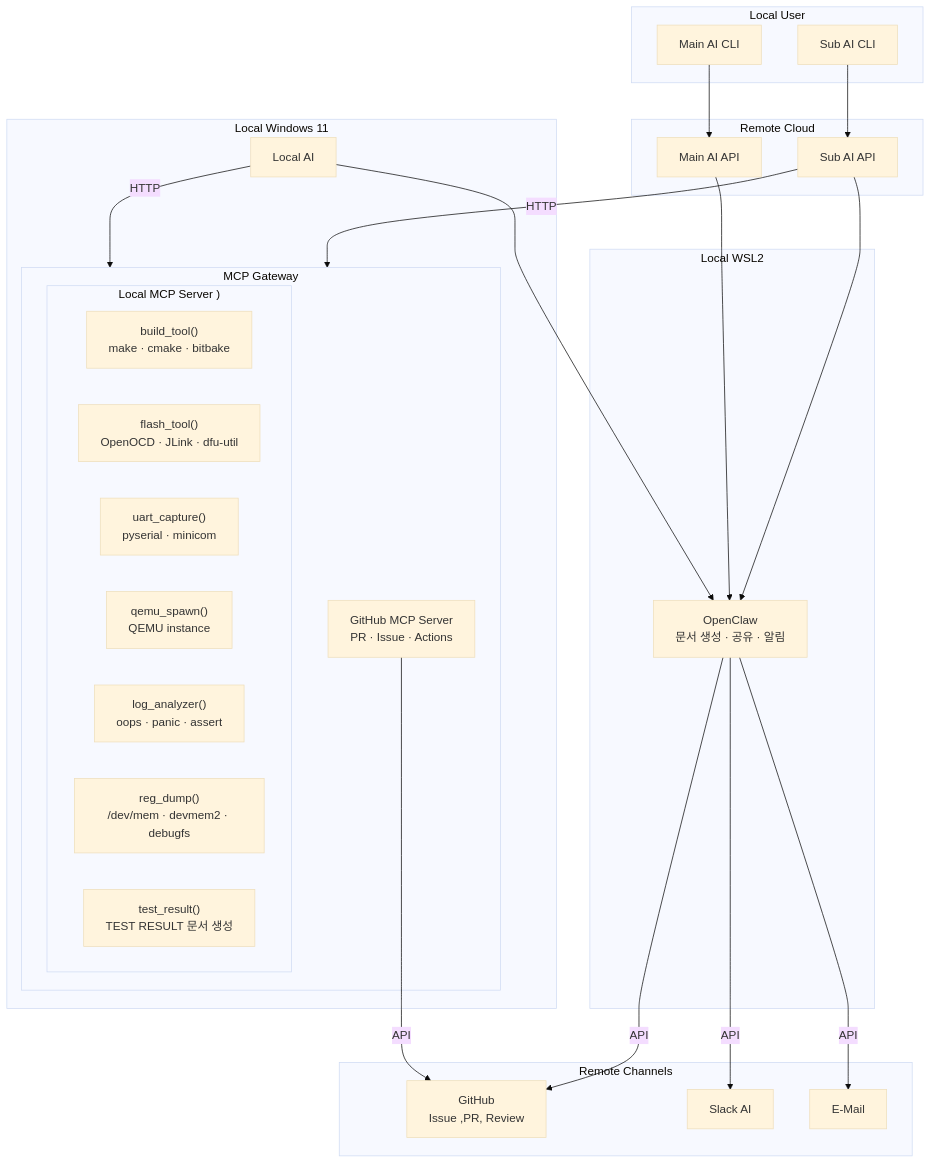
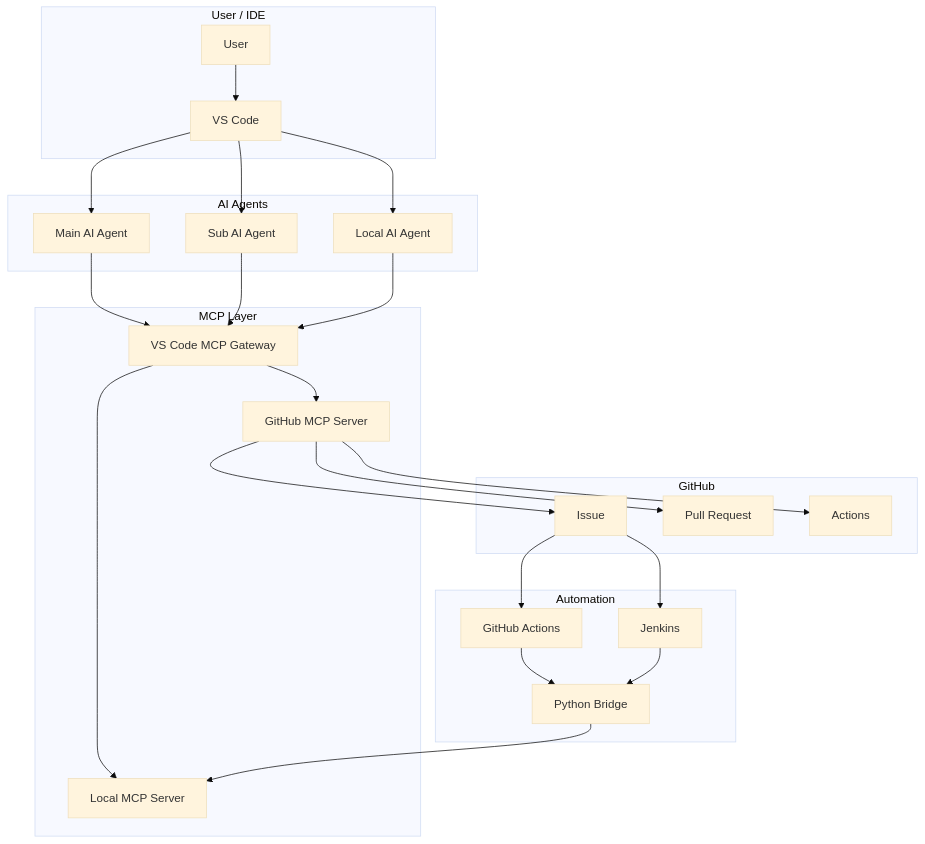
Before and after one commit to JeonghunLee/local-ai-agent-mcp: the diagram in docs/architecture/system-design.md, drawn with Mermaid (base theme). The commit also changed other lines of this file and 17 other files, not shown here.

````diff
--- a/docs/architecture/system-design.md
+++ b/docs/architecture/system-design.md
@@ -93,54 +83,53 @@
 ```mermaid
 graph TD
-    subgraph UserCLI["Local User"]
-        MainAICLI["Main AI CLI"]
-        SubAICLI["Sub AI CLI"]
+    subgraph UserLayer["User / IDE"]
+        User["User"]
+        VSCode["VS Code"]
     end
 
-    subgraph Remote["Remote Cloud"]
-        MainAI["Main AI API"]
-        SubAI["Sub AI API"]
+    subgraph Agents["AI Agents"]
+        MainAI["Main AI Agent"]
+        SubAI["Sub AI Agent"]
+        LocalAI["Local AI Agent"]
     end
 
-    subgraph LocalWSL2["Local WSL2"]
-        OpenClaw["OpenClaw\n문서 생성 · 공유 · 알림"]
+    subgraph MCP["MCP Layer"]
+        Gateway["VS Code MCP Gateway"]
+        LocalMCP["Local MCP Server"]
+        GitHubMCP["GitHub MCP Server"]
     end
 
-    subgraph LocalWindows["Local Windows 11"]
-        LocalAI["Local AI"]
-        subgraph MCPGatewayA["MCP Gateway "]
-            subgraph MCPTools["Local MCP Server )"]
-                Build["build_tool()\nmake · cmake · bitbake"]
-                Flash["flash_tool()\nOpenOCD · JLink · dfu-util"]
-                Uart["uart_capture()\npyserial · minicom"]
-                Qemu["qemu_spawn()\nQEMU instance"]
-                LogA["log_analyzer()\noops · panic · assert"]
-                Reg["reg_dump()\n/dev/mem · devmem2 · debugfs"]
-                TestR["test_result()\nTEST RESULT 문서 생성"]
-            end
-            GHMC["GitHub MCP Server\nPR · Issue · Actions"]
-        end
+    subgraph Automation["Automation"]
+        GHA["GitHub Actions"]
+        Jenkins["Jenkins"]
+        Bridge["Python Bridge"]
     end
 
-    subgraph Channels["Remote Channels"]
-        GitHub["GitHub\n Issue ,PR, Review"]
-        Slack["Slack AI"]
-        EMail["E-Mail"]              
+    subgraph GitHub["GitHub"]
+        Issue["Issue"]
+        PR["Pull Request"]
+        Actions["Actions"]
     end
 
-    MainAICLI --> MainAI
-    SubAICLI --> SubAI
+    User --> VSCode
+    VSCode --> MainAI
+    VSCode --> SubAI
+    VSCode --> LocalAI
 
-    MainAI --> OpenClaw
-    SubAI --> OpenClaw
-    LocalAI --> OpenClaw
+    MainAI --> Gateway
+    SubAI --> Gateway
+    LocalAI --> Gateway
 
-    LocalAI -->|HTTP| MCPGatewayA
-    SubAI -->|HTTP| MCPGatewayA
+    Gateway --> LocalMCP
+    Gateway --> GitHubMCP
 
-    GHMC -->|API| GitHub
+    Issue --> GHA
+    Issue --> Jenkins
+    GHA --> Bridge
+    Jenkins --> Bridge
+    Bridge --> LocalMCP
 
-    OpenClaw -->|API| GitHub
-    OpenClaw -->|API| Slack
-    OpenClaw -->|API| EMail        
+    GitHubMCP --> Issue
+    GitHubMCP --> PR
+    GitHubMCP --> Actions
 ```
````
